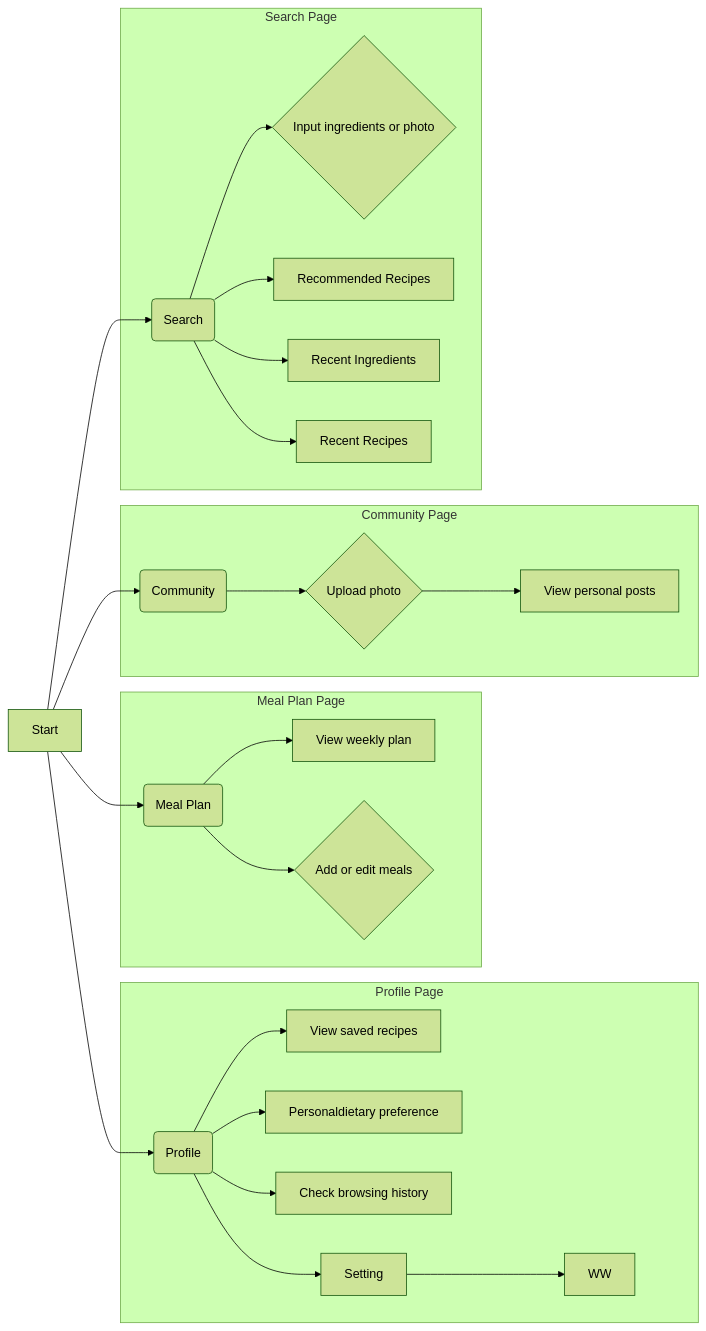
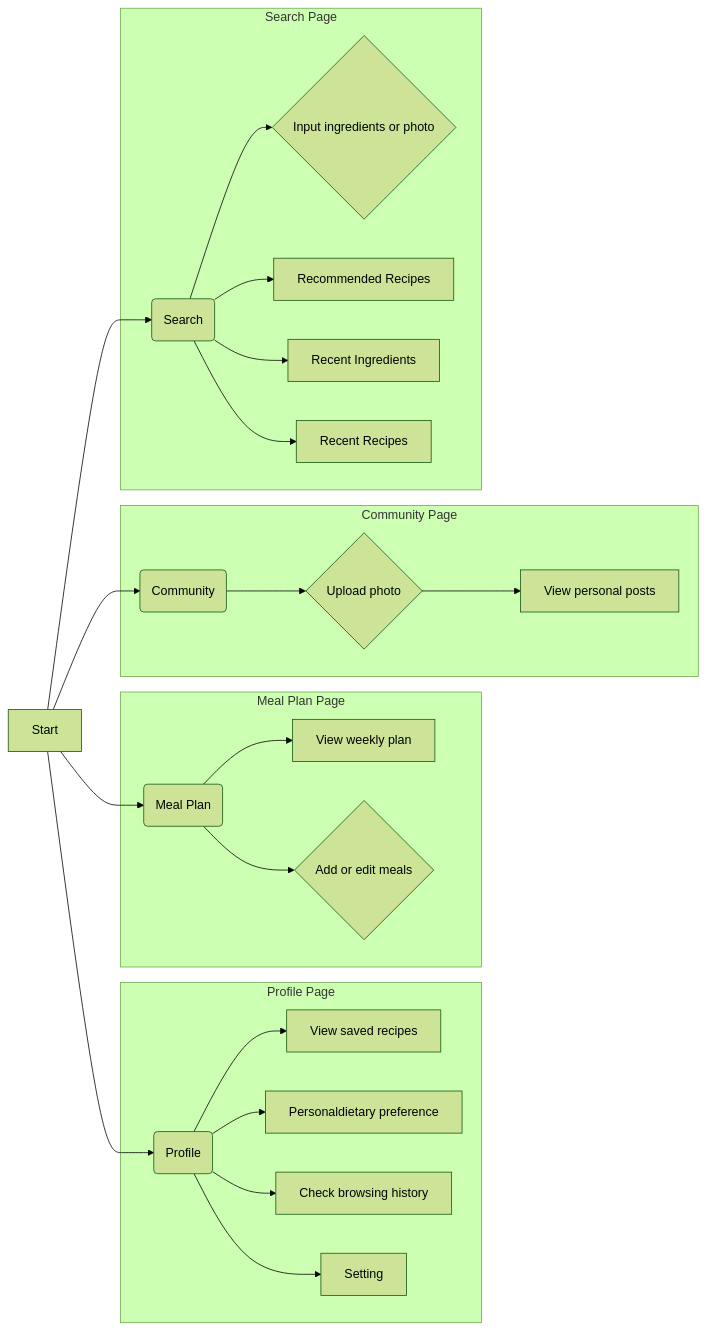
The diagram in all/未命名-2.md (seven8301/iodraw-files), drawn with Mermaid (forest theme) before and after one commit.

Commit message:
2025-04-09 19:28:17 update

````diff
--- a/all/未命名-2.md
+++ b/all/未命名-2.md
@@ -1,32 +1,31 @@
 ```mermaid
 graph LR
     A[Start] --> B(Search);
     A --> C(Community);
     A --> D(Meal Plan);
     A --> E(Profile);
 
     
     subgraph "Profile Page"
         E --> L[View saved recipes];
         E --> Q[Personaldietary preference];
         E --> M[Check browsing history];
         E --> P[Setting];
-        P --> Z[WW];
 
         
     end
       subgraph "Meal Plan Page"
         D --> J[View weekly plan];
         D --> K{Add or edit meals};
     end
      subgraph "Community Page"
         C --> H{Upload photo};
         H --> I[View personal posts];
     end
     subgraph "Search Page"
         B --> F{Input ingredients or photo};
         B --> G[Recommended Recipes];
         B --> N[Recent Ingredients];
         B --> O[Recent Recipes];
     end
 ```
````
